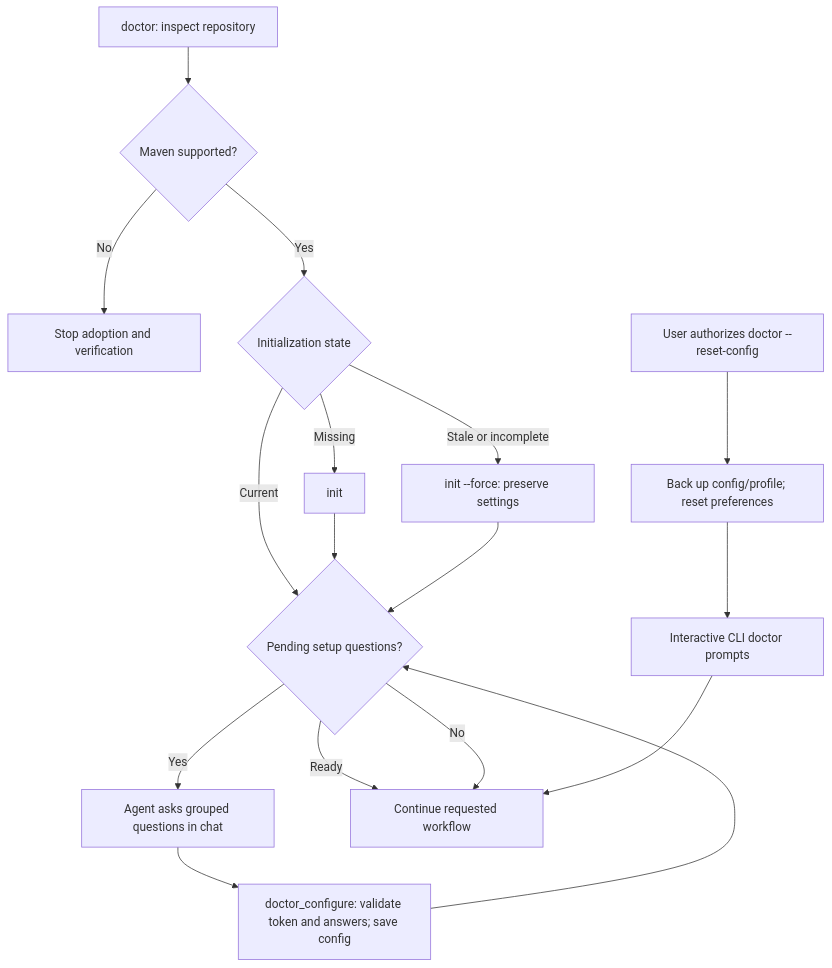
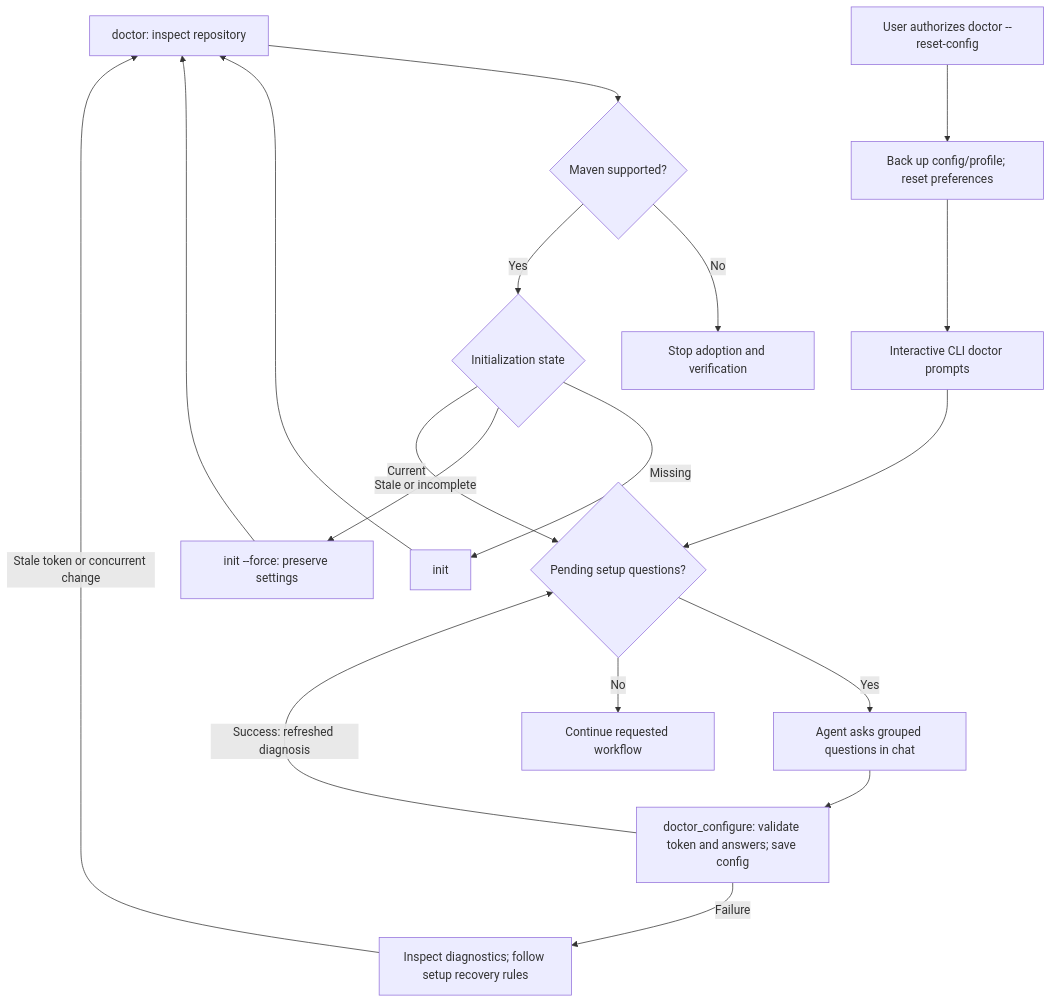
One commit to antonillos/makevn changed the second of 6 diagrams in docs/workflow-guidance.md. Above: the diagram before and after it, drawn with Mermaid. The commit also changed other lines of this file and 6 other files, not shown here.

First line of the commit message:
fix(agents): guide MCP doctor setup and recovery

````diff
--- a/docs/workflow-guidance.md
+++ b/docs/workflow-guidance.md
@@ -59,19 +59,20 @@
 ```mermaid
 flowchart TD
     D[doctor: inspect repository] --> S{Maven supported?}
     S -->|No| STOP[Stop adoption and verification]
     S -->|Yes| I{Initialization state}
     I -->|Missing| INIT[init]
     I -->|Stale or incomplete| FORCE[init --force: preserve settings]
     I -->|Current| Q{Pending setup questions?}
-    INIT --> Q
-    FORCE --> Q
+    INIT --> D
+    FORCE --> D
     Q -->|Yes| USER[Agent asks grouped questions in chat]
     USER --> APPLY[doctor_configure: validate token and answers; save config]
-    APPLY --> Q
-    Q -->|Ready| READY[Continue requested workflow]
-    Q -->|No| READY
+    APPLY -->|Success: refreshed diagnosis| Q
+    APPLY -->|Failure| RECOVER[Inspect diagnostics; follow setup recovery rules]
+    RECOVER -->|Stale token or concurrent change| D
+    Q -->|No| READY[Continue requested workflow]
     RESET[User authorizes doctor --reset-config] --> BACKUP[Back up config/profile; reset preferences]
     BACKUP --> CLI[Interactive CLI doctor prompts]
-    CLI --> READY
+    CLI --> Q
 ```
````
